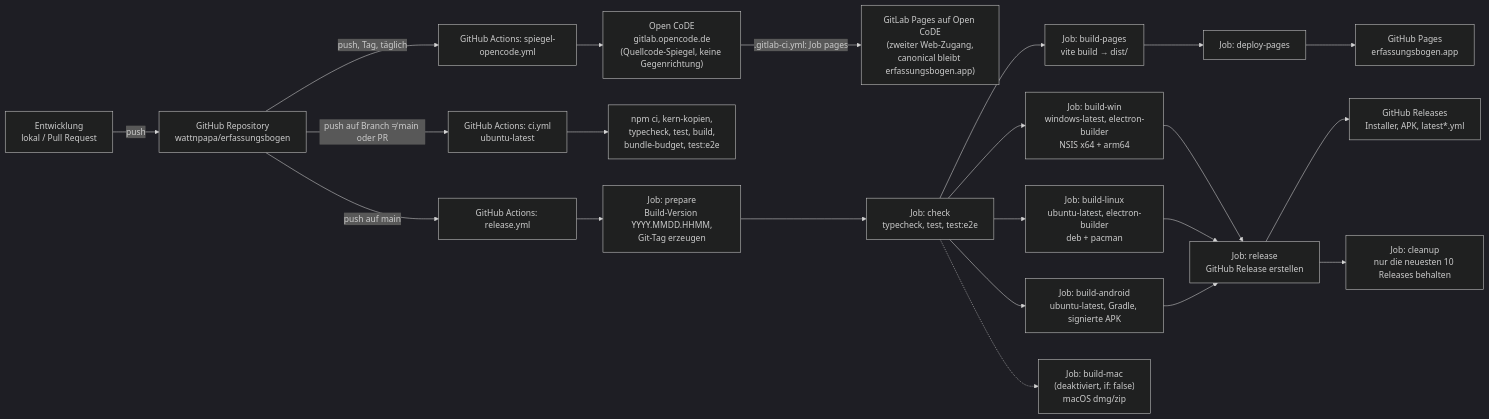
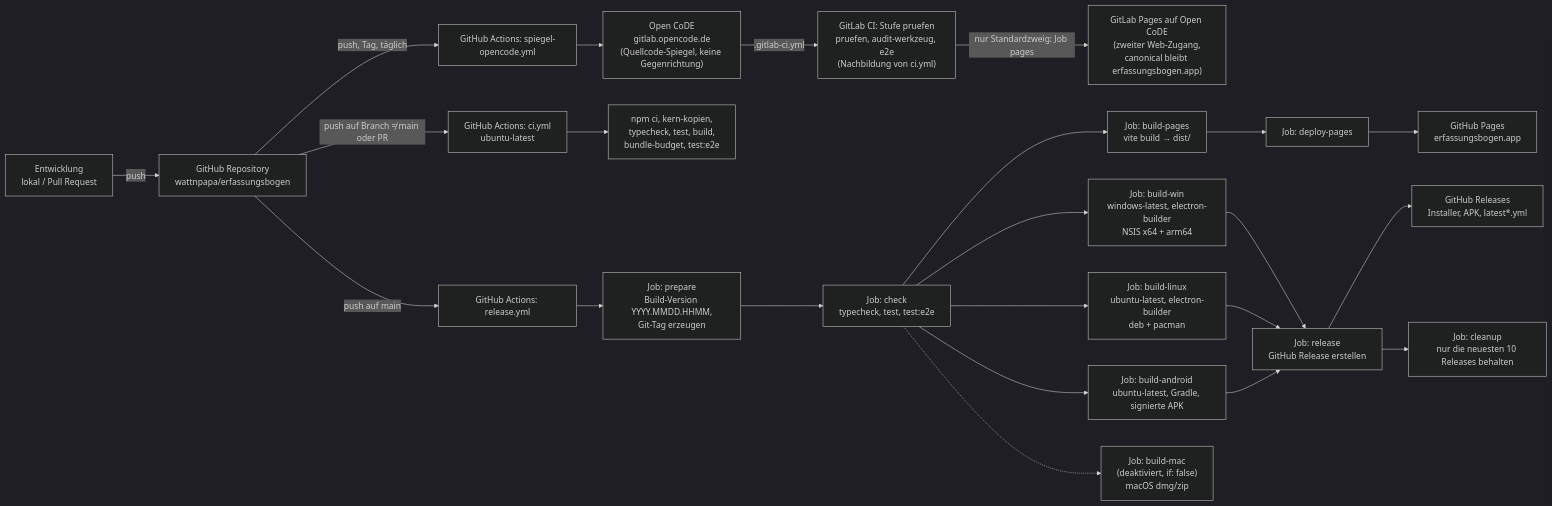
The tenth of 12 diagrams in docs/arc42-architektur.md (wattnpapa/erfassungsbogen), drawn with Mermaid (dark theme) before and after one commit. The commit also changed other lines of this file and 2 other files, not shown here.

First line of the commit message:
ci: Prüflauf aus ci.yml auch auf dem Open-CoDE-Spiegel fahren

````diff
--- a/docs/arc42-architektur.md
+++ b/docs/arc42-architektur.md
@@ -820,23 +834,24 @@
 ```mermaid
 flowchart LR
   Dev["Entwicklung<br/>lokal / Pull Request"] -->|push| Repo["GitHub Repository<br/>wattnpapa/erfassungsbogen"]
   Repo -->|"push, Tag, täglich"| Spiegel["GitHub Actions: spiegel-opencode.yml"]
   Spiegel --> OC["Open CoDE<br/>gitlab.opencode.de<br/>(Quellcode-Spiegel, keine Gegenrichtung)"]
-  OC -->|".gitlab-ci.yml: Job pages"| OCP["GitLab Pages auf Open CoDE<br/>(zweiter Web-Zugang,<br/>canonical bleibt erfassungsbogen.app)"]
+  OC -->|".gitlab-ci.yml"| OCC["GitLab CI: Stufe pruefen<br/>pruefen, audit-werkzeug, e2e<br/>(Nachbildung von ci.yml)"]
+  OCC -->|"nur Standardzweig: Job pages"| OCP["GitLab Pages auf Open CoDE<br/>(zweiter Web-Zugang,<br/>canonical bleibt erfassungsbogen.app)"]
   Repo -->|"push auf Branch ≠ main oder PR"| CI["GitHub Actions: ci.yml<br/>ubuntu-latest"]
   CI --> CIS["npm ci, kern-kopien,<br/>typecheck, test, build,<br/>bundle-budget, test:e2e"]
   Repo -->|"push auf main"| REL["GitHub Actions: release.yml"]
   REL --> Prep["Job: prepare<br/>Build-Version YYYY.MMDD.HHMM,<br/>Git-Tag erzeugen"]
   Prep --> Check["Job: check<br/>typecheck, test, test:e2e"]
   Check --> Pages["Job: build-pages<br/>vite build → dist/"]
   Pages --> Deploy["Job: deploy-pages"] --> GHP["GitHub Pages<br/>erfassungsbogen.app"]
   Check --> Win["Job: build-win<br/>windows-latest, electron-builder<br/>NSIS x64 + arm64"]
   Check --> Linux["Job: build-linux<br/>ubuntu-latest, electron-builder<br/>deb + pacman"]
   Check --> Android["Job: build-android<br/>ubuntu-latest, Gradle, signierte APK"]
   Check -.-> Mac["Job: build-mac<br/>(deaktiviert, if: false)<br/>macOS dmg/zip"]
   Win --> Release["Job: release<br/>GitHub Release erstellen"]
   Linux --> Release
   Android --> Release
   Release --> GHR["GitHub Releases<br/>Installer, APK, latest*.yml"]
   Release --> Cleanup["Job: cleanup<br/>nur die neuesten 10 Releases behalten"]
 ```
````
